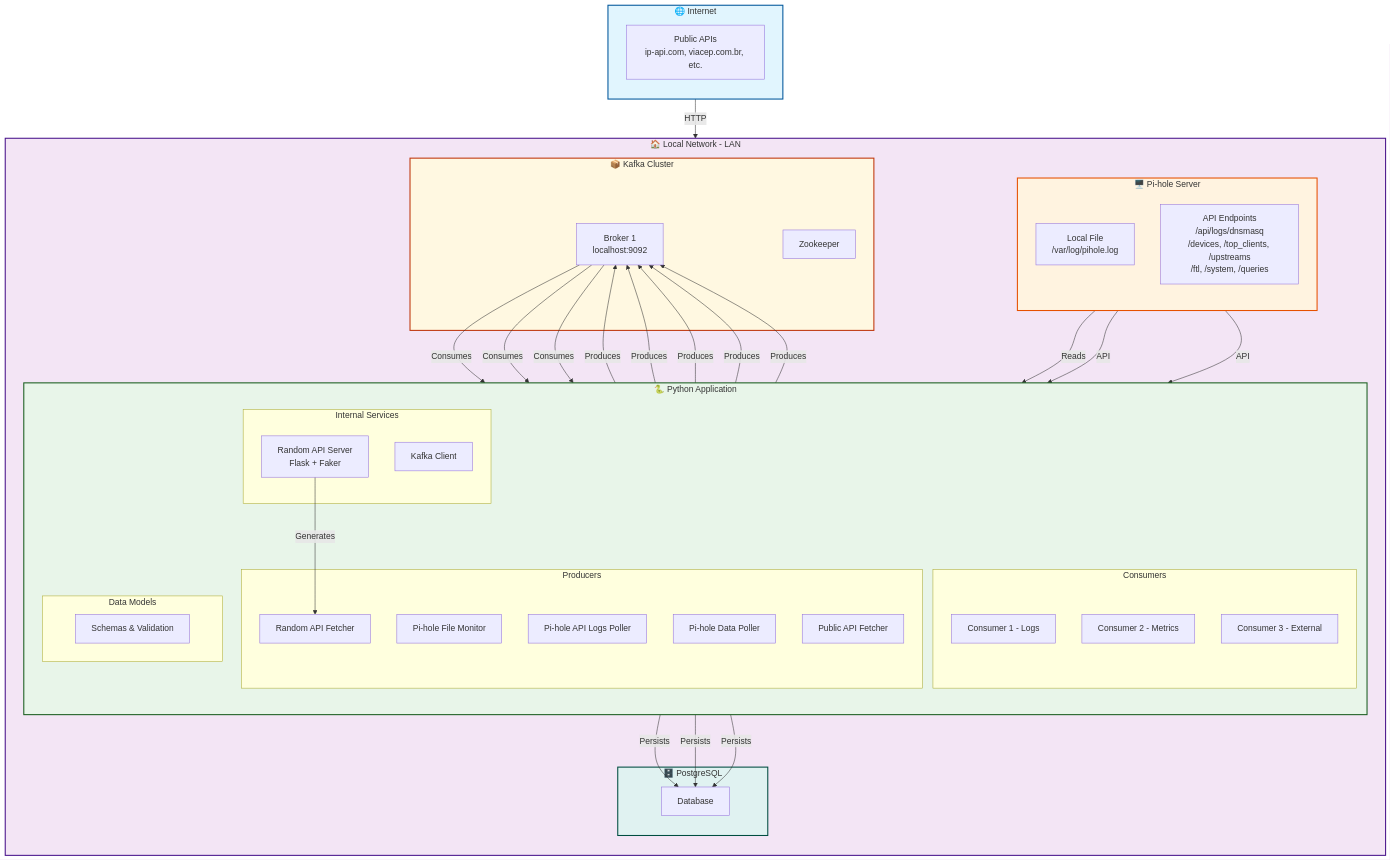
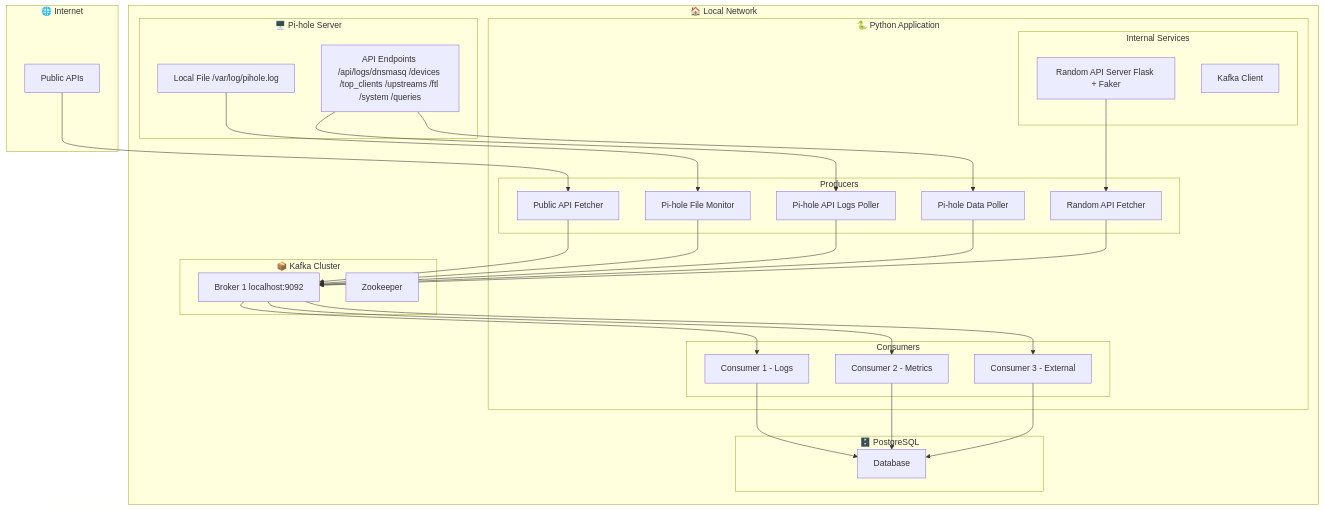
One commit to lucasoldev/kafkanapis changed the first of 2 diagrams in README.md. Above: the diagram before and after it, drawn with Mermaid. The commit also changed other lines of this file and 2 other files, not shown here.

Commit message:
Adding a goodbye to the readme and a readme-friendly architecture diagram

````diff
--- a/README.md
+++ b/README.md
@@ -50,24 +50,16 @@
 ```mermaid
 flowchart TD
-    %% Internet Cloud
     subgraph Internet [🌐 Internet]
-        direction TB
-        API1[Public APIs<br/>ip-api.com, viacep.com.br, etc.]
+        API1[Public APIs]
     end
 
-    %% Local Network (LAN)
-    subgraph LocalNetwork [🏠 Local Network - LAN]
-        direction TB
-        
+    subgraph LocalNetwork [🏠 Local Network]
         subgraph PiHole [🖥️ Pi-hole Server]
-            direction TB
-            P1[Local File<br/>/var/log/pihole.log]
-            P2[API Endpoints<br/>/api/logs/dnsmasq<br/>/devices, /top_clients, /upstreams<br/>/ftl, /system, /queries]
+            P1[Local File /var/log/pihole.log]
+            P2[API Endpoints /api/logs/dnsmasq /devices /top_clients /upstreams /ftl /system /queries]
         end
 
         subgraph PythonApp [🐍 Python Application]
-            direction TB
-            
             subgraph Producers [Producers]
                 PF1[Pi-hole File Monitor]
                 PP1[Pi-hole API Logs Poller]
@@ -75,25 +67,19 @@
                 PF2[Public API Fetcher]
                 PF3[Random API Fetcher]
             end
-
             subgraph Consumers [Consumers]
                 C1[Consumer 1 - Logs]
                 C2[Consumer 2 - Metrics]
                 C3[Consumer 3 - External]
             end
-            
             subgraph Services [Internal Services]
-                S1[Random API Server<br/>Flask + Faker]
+                S1[Random API Server Flask + Faker]
                 S2[Kafka Client]
-            end
-            
-            subgraph Models [Data Models]
-                M1[Schemas & Validation]
             end
         end
 
         subgraph Kafka [📦 Kafka Cluster]
-            K1[Broker 1<br/>localhost:9092]
+            K1[Broker 1 localhost:9092]
             K2[Zookeeper]
         end
 
@@ -102,42 +88,21 @@
         end
     end
 
-    %% Component Connections
-    API1 -->|HTTP| PF2
-    PF2 -->|Produces| K1
-    
-    P1 -->|Reads| PF1
-    PF1 -->|Produces| K1
-    
-    P2 -->|API| PP1
-    PP1 -->|Produces| K1
-    P2 -->|API| PP2
-    PP2 -->|Produces| K1
-    
-    S1 -->|Generates| PF3
-    PF3 -->|Produces| K1
-
-    K1 -->|Consumes| C1
-    K1 -->|Consumes| C2
-    K1 -->|Consumes| C3
-
-    C1 -->|Persists| DB1
-    C2 -->|Persists| DB1
-    C3 -->|Persists| DB1
-
-    %% Styles
-    classDef internet fill:#e1f5fe,stroke:#01579b,stroke-width:2px
-    classDef lan fill:#f3e5f5,stroke:#4a148c,stroke-width:2px
-    classDef pihole fill:#fff3e0,stroke:#e65100,stroke-width:2px
-    classDef python fill:#e8f5e9,stroke:#1b5e20,stroke-width:2px
-    classDef kafka fill:#fff8e1,stroke:#bf360c,stroke-width:2px
-    classDef db fill:#e0f2f1,stroke:#004d40,stroke-width:2px
-
-    class Internet internet
-    class LocalNetwork lan
-    class PiHole pihole
-    class PythonApp python
-    class Kafka kafka
-    class Database db
+    API1 --> PF2
+    PF2 --> K1
+    P1 --> PF1
+    PF1 --> K1
+    P2 --> PP1
+    PP1 --> K1
+    P2 --> PP2
+    PP2 --> K1
+    S1 --> PF3
+    PF3 --> K1
+    K1 --> C1
+    K1 --> C2
+    K1 --> C3
+    C1 --> DB1
+    C2 --> DB1
+    C3 --> DB1
 
 ```
````
